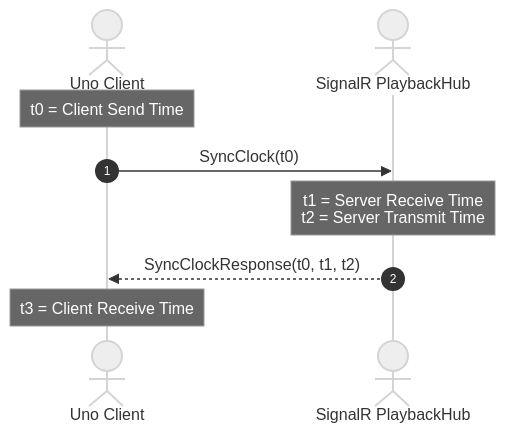
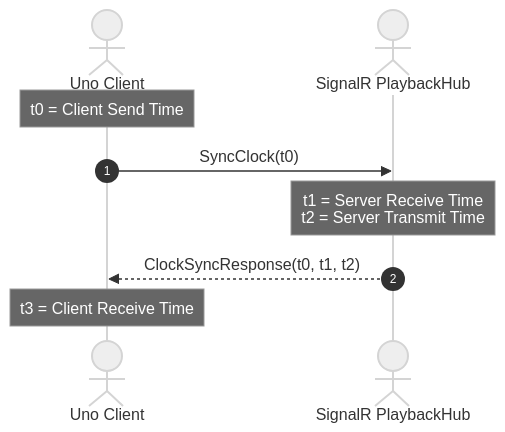
The first of 2 diagrams in docs/architecture/ntp-clock-sync.md (jav76/Cantus), drawn with Mermaid (neutral theme) before and after one commit. The commit also changed other lines of this file and 1 other file, not shown here.

Commit message:
docs: describe ClockOffsetEstimator and the actual jitter filter in clock sync docs

````diff
--- a/docs/architecture/ntp-clock-sync.md
+++ b/docs/architecture/ntp-clock-sync.md
@@ -21,12 +21,12 @@
 ```mermaid
 sequenceDiagram
     autonumber
     actor Client as Uno Client
     actor Server as SignalR PlaybackHub
 
     Note over Client: t0 = Client Send Time
     Client->>Server: SyncClock(t0)
     Note over Server: t1 = Server Receive Time<br/>t2 = Server Transmit Time
-    Server-->>Client: SyncClockResponse(t0, t1, t2)
+    Server-->>Client: ClockSyncResponse(t0, t1, t2)
     Note over Client: t3 = Client Receive Time
 ```
````
